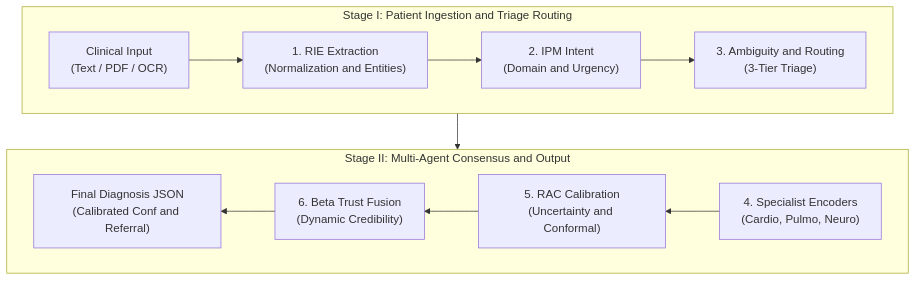
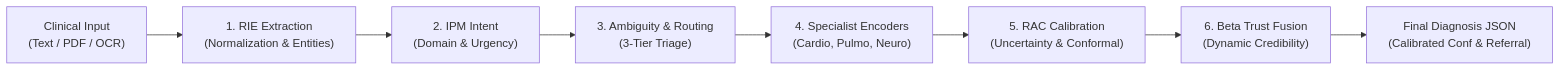
One commit to PMritunjay1/Healthinsight changed the diagram in README.md. Above: the diagram before and after it, drawn with Mermaid. The commit also changed other lines of this file, not shown here.

Commit message:
fix(readme): make architecture diagram strictly horizontal with flowchart LR

````diff
--- a/README.md
+++ b/README.md
@@ -33,18 +33,10 @@
 ```mermaid
-flowchart TD
-    subgraph Row1 ["Stage I: Patient Ingestion and Triage Routing"]
-        direction LR
-        Input["Clinical Input<br>(Text / PDF / OCR)"] --> RIE["1. RIE Extraction<br>(Normalization and Entities)"]
-        RIE --> IPM["2. IPM Intent<br>(Domain and Urgency)"]
-        IPM --> Ambiguity["3. Ambiguity and Routing<br>(3-Tier Triage)"]
-    end
-    
-    subgraph Row2 ["Stage II: Multi-Agent Consensus and Output"]
-        direction RL
-        Specialists["4. Specialist Encoders<br>(Cardio, Pulmo, Neuro)"] --> RAC["5. RAC Calibration<br>(Uncertainty and Conformal)"]
-        RAC --> Consensus["6. Beta Trust Fusion<br>(Dynamic Credibility)"]
-        Consensus --> Output["Final Diagnosis JSON<br>(Calibrated Conf and Referral)"]
-    end
-
-    Ambiguity --> Specialists
+flowchart LR
+    Input["Clinical Input<br>(Text / PDF / OCR)"] --> RIE["1. RIE Extraction<br>(Normalization & Entities)"]
+    RIE --> IPM["2. IPM Intent<br>(Domain & Urgency)"]
+    IPM --> Ambiguity["3. Ambiguity & Routing<br>(3-Tier Triage)"]
+    Ambiguity --> Specialists["4. Specialist Encoders<br>(Cardio, Pulmo, Neuro)"]
+    Specialists --> RAC["5. RAC Calibration<br>(Uncertainty & Conformal)"]
+    RAC --> Consensus["6. Beta Trust Fusion<br>(Dynamic Credibility)"]
+    Consensus --> Output["Final Diagnosis JSON<br>(Calibrated Conf & Referral)"]
 ```
````
